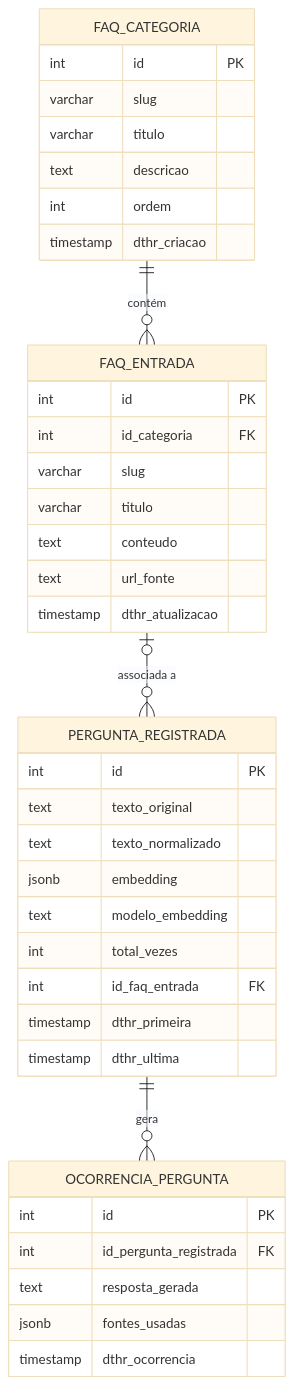
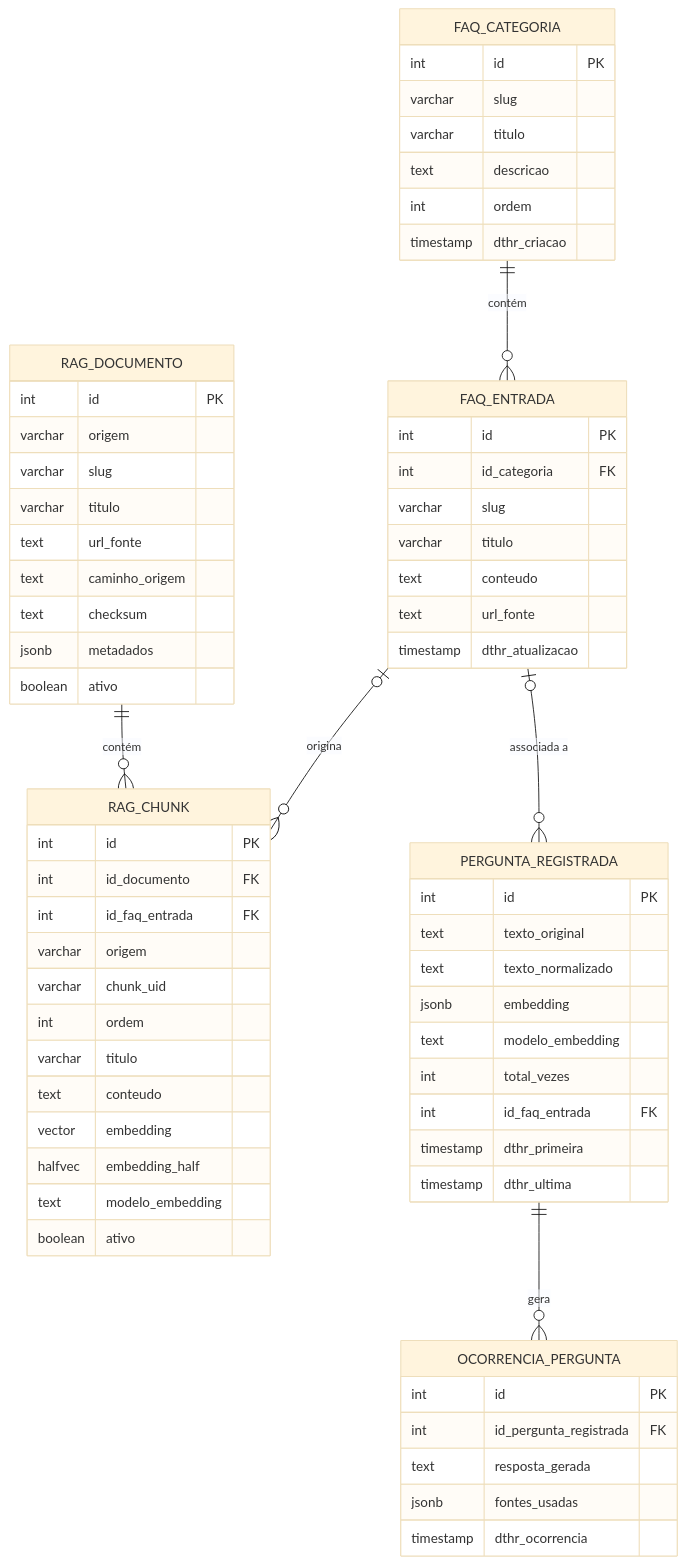
Before and after one commit to fernando-augustop/trabalho-tp2-fiaq-2026.1: the diagram in db/README.md, drawn with Mermaid (base theme). The commit also changed other lines of this file and 32 other files, not shown here.

Commit message:
feat: move faq and rag knowledge to postgres pgvector

````diff
--- a/db/README.md
+++ b/db/README.md
@@ -75,45 +104,74 @@
 ```mermaid
 erDiagram
     FAQ_CATEGORIA ||--o{ FAQ_ENTRADA : "contém"
+    FAQ_ENTRADA |o--o{ RAG_CHUNK : "origina"
+    RAG_DOCUMENTO ||--o{ RAG_CHUNK : "contém"
     FAQ_ENTRADA |o--o{ PERGUNTA_REGISTRADA : "associada a"
     PERGUNTA_REGISTRADA ||--o{ OCORRENCIA_PERGUNTA : "gera"
 
     FAQ_CATEGORIA {
         int id PK
         varchar slug
         varchar titulo
         text descricao
         int ordem
         timestamp dthr_criacao
     }
 
     FAQ_ENTRADA {
         int id PK
         int id_categoria FK
         varchar slug
         varchar titulo
         text conteudo
         text url_fonte
         timestamp dthr_atualizacao
     }
 
+    RAG_DOCUMENTO {
+        int id PK
+        varchar origem
+        varchar slug
+        varchar titulo
+        text url_fonte
+        text caminho_origem
+        text checksum
+        jsonb metadados
+        boolean ativo
+    }
+
+    RAG_CHUNK {
+        int id PK
+        int id_documento FK
+        int id_faq_entrada FK
+        varchar origem
+        varchar chunk_uid
+        int ordem
+        varchar titulo
+        text conteudo
+        vector embedding
+        halfvec embedding_half
+        text modelo_embedding
+        boolean ativo
+    }
+
     PERGUNTA_REGISTRADA {
         int id PK
         text texto_original
         text texto_normalizado
         jsonb embedding
         text modelo_embedding
         int total_vezes
         int id_faq_entrada FK
         timestamp dthr_primeira
         timestamp dthr_ultima
     }
 
     OCORRENCIA_PERGUNTA {
         int id PK
         int id_pergunta_registrada FK
         text resposta_gerada
         jsonb fontes_usadas
         timestamp dthr_ocorrencia
     }
 ```
````
